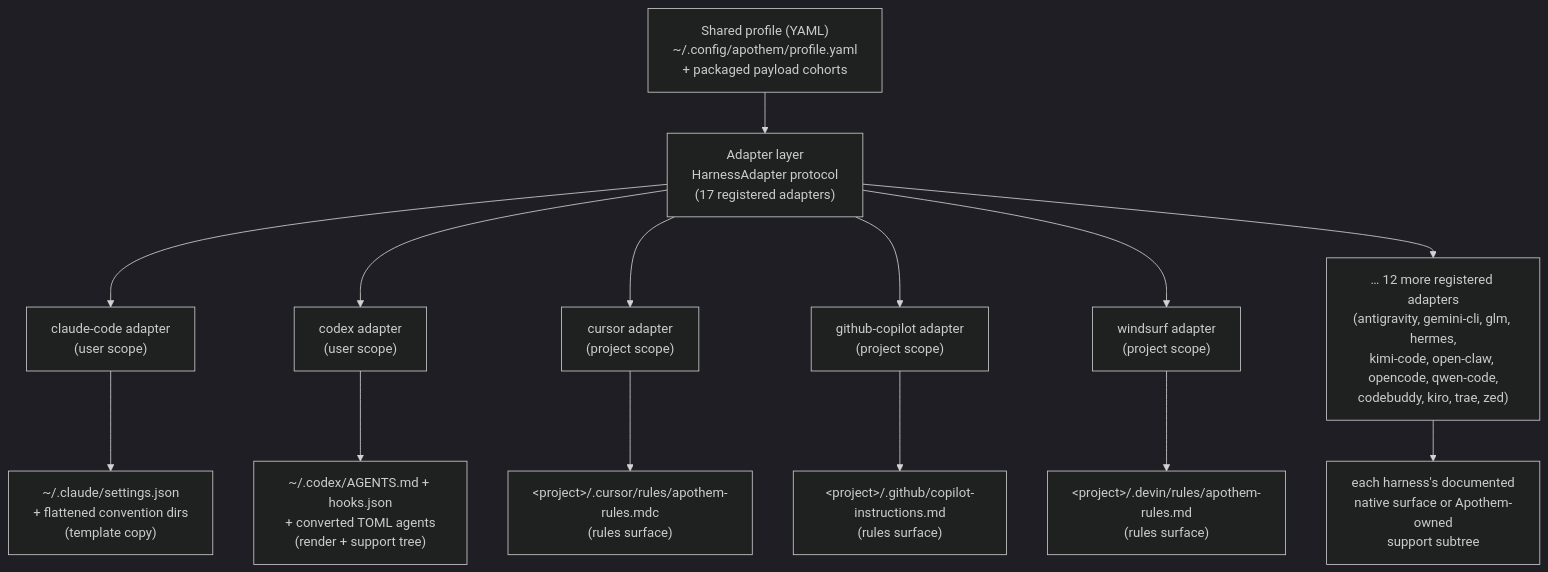
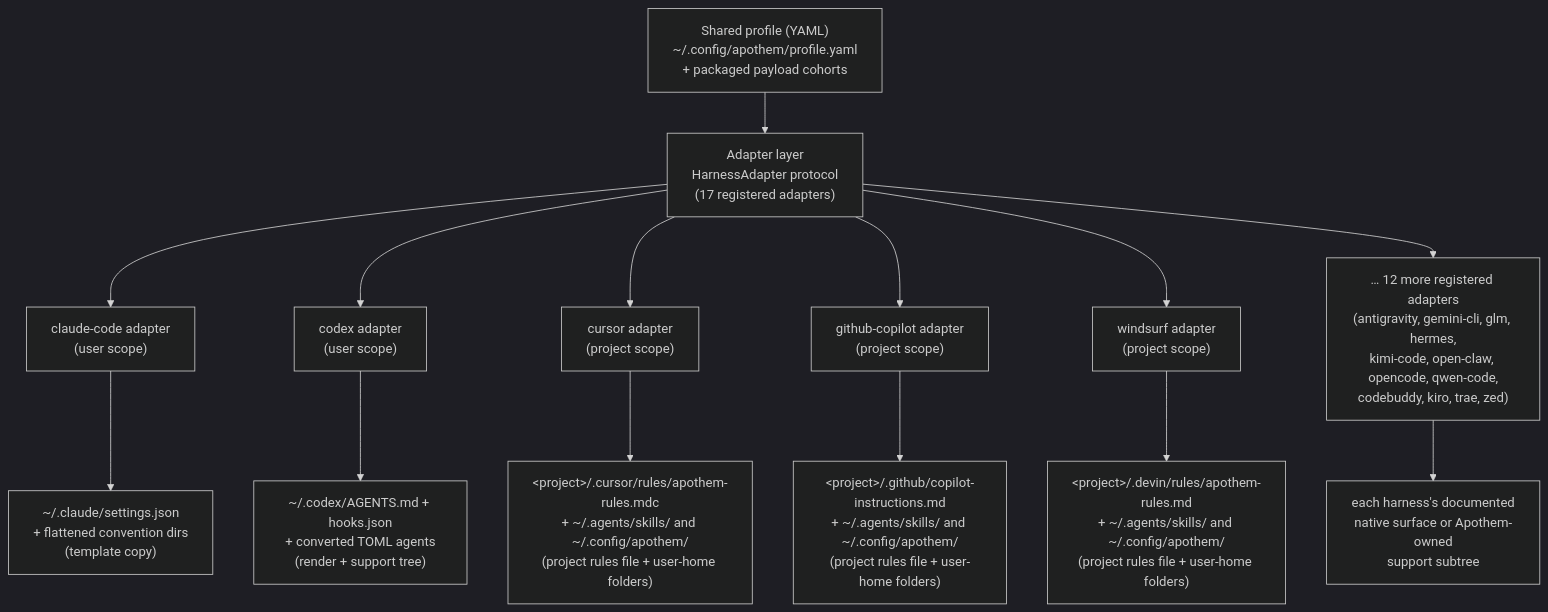
Before and after one commit to Ahmed-G-Gad/apothem: the diagram in site/content/docs/architecture/harness-adapter-abstraction.mdx, drawn with Mermaid (dark theme). The commit also changed other lines of this file and 82 other files, not shown here.

````diff
--- a/site/content/docs/architecture/harness-adapter-abstraction.mdx
+++ b/site/content/docs/architecture/harness-adapter-abstraction.mdx
@@ -58,24 +64,24 @@
 ```mermaid
 %% provenance: hand-authored %%
-%% verified: 2026-06-09 %%
+%% verified: 2026-10-25 %%
 %% cross-reference: src/apothem/harnesses/ (adapter sub-packages) %%
 flowchart TD
     accTitle: Apothem adapter topology
     accDescr: The single shared profile at the center feeds the adapter layer, which fans out to one adapter per supported harness; each adapter writes to a user-scope or project-scope native surface, rendering a single config file or propagating a rules and support-tree cohort.
     P["Shared profile (YAML)<br/>~/.config/apothem/profile.yaml<br/>+ packaged payload cohorts"]
     P --> AL["Adapter layer<br/>HarnessAdapter protocol<br/>(17 registered adapters)"]
 
     AL --> CC["claude-code adapter<br/>(user scope)"]
     AL --> CX["codex adapter<br/>(user scope)"]
     AL --> CU["cursor adapter<br/>(project scope)"]
     AL --> CO["github-copilot adapter<br/>(project scope)"]
     AL --> WS["windsurf adapter<br/>(project scope)"]
     AL --> ETC["… 12 more registered adapters<br/>(antigravity, gemini-cli, glm, hermes,<br/>kimi-code, open-claw, opencode, qwen-code,<br/>codebuddy, kiro, trae, zed)"]
 
     CC --> CCN["~/.claude/settings.json<br/>+ flattened convention dirs<br/>(template copy)"]
     CX --> CXN["~/.codex/AGENTS.md + hooks.json<br/>+ converted TOML agents<br/>(render + support tree)"]
-    CU --> CUN["&lt;project&gt;/.cursor/rules/apothem-rules.mdc<br/>(rules surface)"]
-    CO --> CON["&lt;project&gt;/.github/copilot-instructions.md<br/>(rules surface)"]
-    WS --> WSN["&lt;project&gt;/.devin/rules/apothem-rules.md<br/>(rules surface)"]
+    CU --> CUN["&lt;project&gt;/.cursor/rules/apothem-rules.mdc<br/>+ ~/.agents/skills/ and ~/.config/apothem/<br/>(project rules file + user-home folders)"]
+    CO --> CON["&lt;project&gt;/.github/copilot-instructions.md<br/>+ ~/.agents/skills/ and ~/.config/apothem/<br/>(project rules file + user-home folders)"]
+    WS --> WSN["&lt;project&gt;/.devin/rules/apothem-rules.md<br/>+ ~/.agents/skills/ and ~/.config/apothem/<br/>(project rules file + user-home folders)"]
     ETC --> ETCN["each harness's documented<br/>native surface or Apothem-owned<br/>support subtree"]
 ```
````
